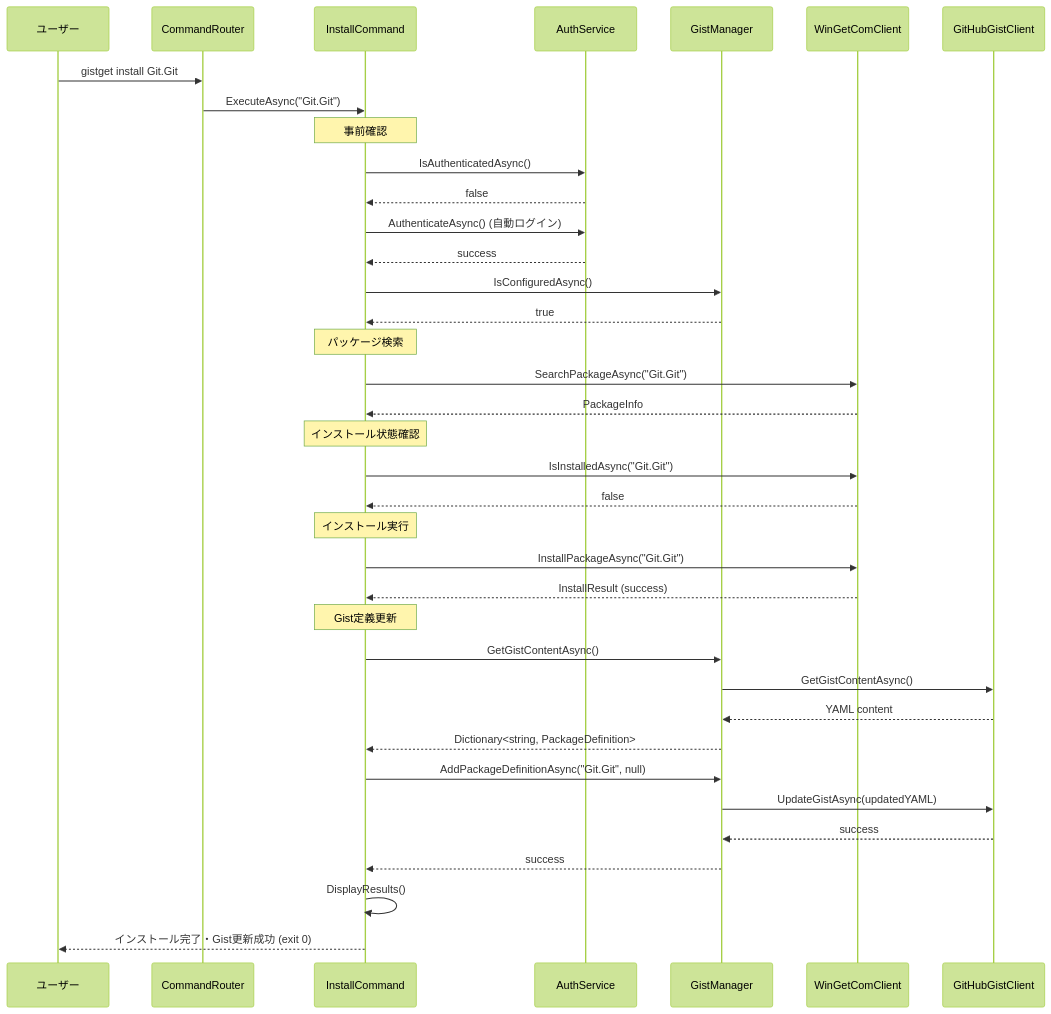
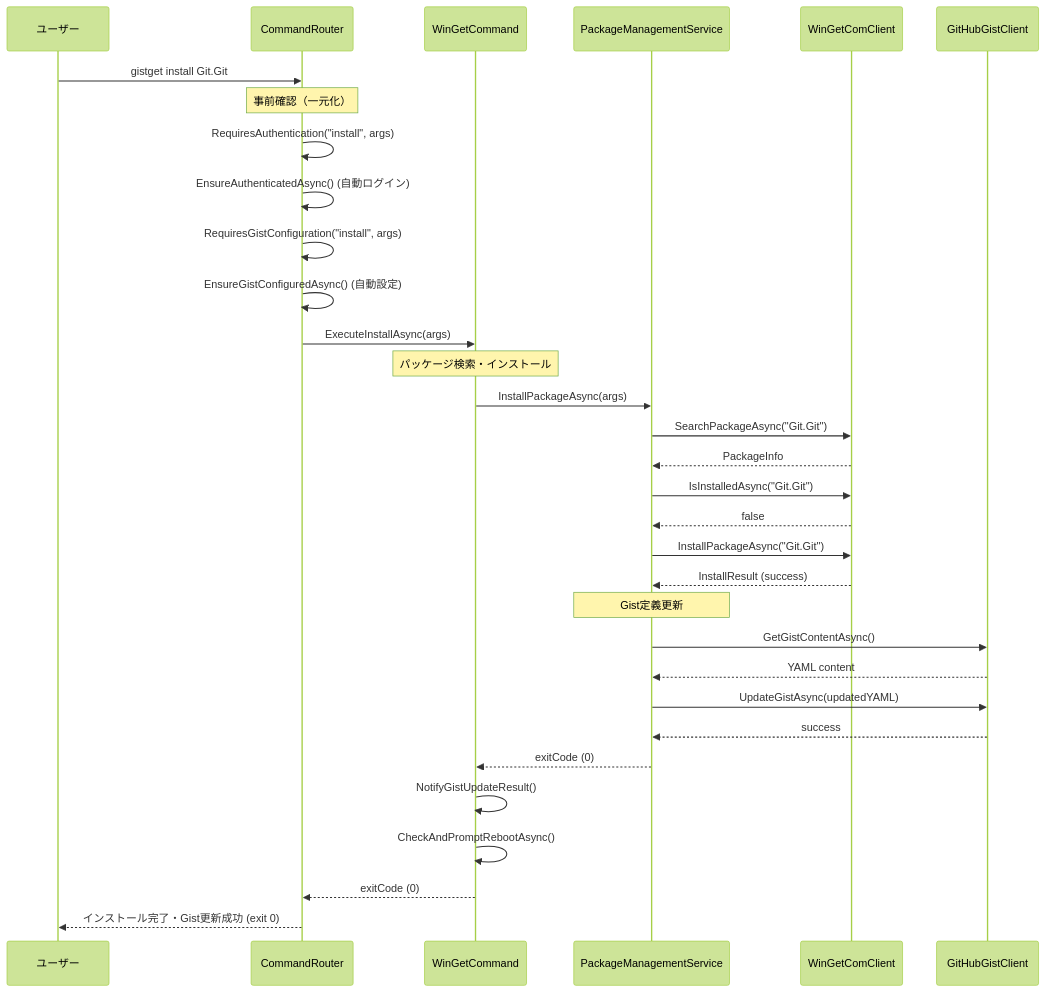
Before and after one commit to nuitsjp/GistGet: the diagram in docs/gistget/install.md, drawn with Mermaid (forest theme). The commit also changed other lines of this file and 7 other files, not shown here.

First line of the commit message:
Refactor command handling in GistGet to centralize authentication and Gist configuration checks in CommandRouter

````diff
--- a/docs/gistget/install.md
+++ b/docs/gistget/install.md
@@ -104,48 +104,43 @@
 ```mermaid
 sequenceDiagram
     participant User as ユーザー
     participant Router as CommandRouter
-    participant InstallCmd as InstallCommand
-    participant AuthSvc as AuthService
-    participant GistMgr as GistManager
+    participant InstallCmd as WinGetCommand
+    participant PackageMgmt as PackageManagementService
     participant WinGetClient as WinGetComClient
     participant GitHubClient as GitHubGistClient
 
     User->>Router: gistget install Git.Git
-    Router->>InstallCmd: ExecuteAsync("Git.Git")
     
-    note over InstallCmd: 事前確認
-    InstallCmd->>AuthSvc: IsAuthenticatedAsync()
-    AuthSvc-->>InstallCmd: false
-    InstallCmd->>AuthSvc: AuthenticateAsync() (自動ログイン)
-    AuthSvc-->>InstallCmd: success
+    note over Router: 事前確認（一元化）
+    Router->>Router: RequiresAuthentication("install", args)
+    Router->>Router: EnsureAuthenticatedAsync() (自動ログイン)
+    Router->>Router: RequiresGistConfiguration("install", args)
+    Router->>Router: EnsureGistConfiguredAsync() (自動設定)
     
-    InstallCmd->>GistMgr: IsConfiguredAsync()
-    GistMgr-->>InstallCmd: true
+    Router->>InstallCmd: ExecuteInstallAsync(args)
     
-    note over InstallCmd: パッケージ検索
-    InstallCmd->>WinGetClient: SearchPackageAsync("Git.Git")
-    WinGetClient-->>InstallCmd: PackageInfo
+    note over InstallCmd: パッケージ検索・インストール
+    InstallCmd->>PackageMgmt: InstallPackageAsync(args)
+    PackageMgmt->>WinGetClient: SearchPackageAsync("Git.Git")
+    WinGetClient-->>PackageMgmt: PackageInfo
     
-    note over InstallCmd: インストール状態確認
-    InstallCmd->>WinGetClient: IsInstalledAsync("Git.Git")
-    WinGetClient-->>InstallCmd: false
+    PackageMgmt->>WinGetClient: IsInstalledAsync("Git.Git")
+    WinGetClient-->>PackageMgmt: false
     
-    note over InstallCmd: インストール実行
-    InstallCmd->>WinGetClient: InstallPackageAsync("Git.Git")
-    WinGetClient-->>InstallCmd: InstallResult (success)
+    PackageMgmt->>WinGetClient: InstallPackageAsync("Git.Git")
+    WinGetClient-->>PackageMgmt: InstallResult (success)
     
-    note over InstallCmd: Gist定義更新
-    InstallCmd->>GistMgr: GetGistContentAsync()
-    GistMgr->>GitHubClient: GetGistContentAsync()
-    GitHubClient-->>GistMgr: YAML content
-    GistMgr-->>InstallCmd: Dictionary<string, PackageDefinition>
+    note over PackageMgmt: Gist定義更新
+    PackageMgmt->>GitHubClient: GetGistContentAsync()
+    GitHubClient-->>PackageMgmt: YAML content
+    PackageMgmt->>GitHubClient: UpdateGistAsync(updatedYAML)
+    GitHubClient-->>PackageMgmt: success
     
-    InstallCmd->>GistMgr: AddPackageDefinitionAsync("Git.Git", null)
-    GistMgr->>GitHubClient: UpdateGistAsync(updatedYAML)
-    GitHubClient-->>GistMgr: success
-    GistMgr-->>InstallCmd: success
+    PackageMgmt-->>InstallCmd: exitCode (0)
     
-    InstallCmd->>InstallCmd: DisplayResults()
-    InstallCmd-->>User: インストール完了・Gist更新成功 (exit 0)
+    InstallCmd->>InstallCmd: NotifyGistUpdateResult()
+    InstallCmd->>InstallCmd: CheckAndPromptRebootAsync()
+    InstallCmd-->>Router: exitCode (0)
+    Router-->>User: インストール完了・Gist更新成功 (exit 0)
 ```
````
